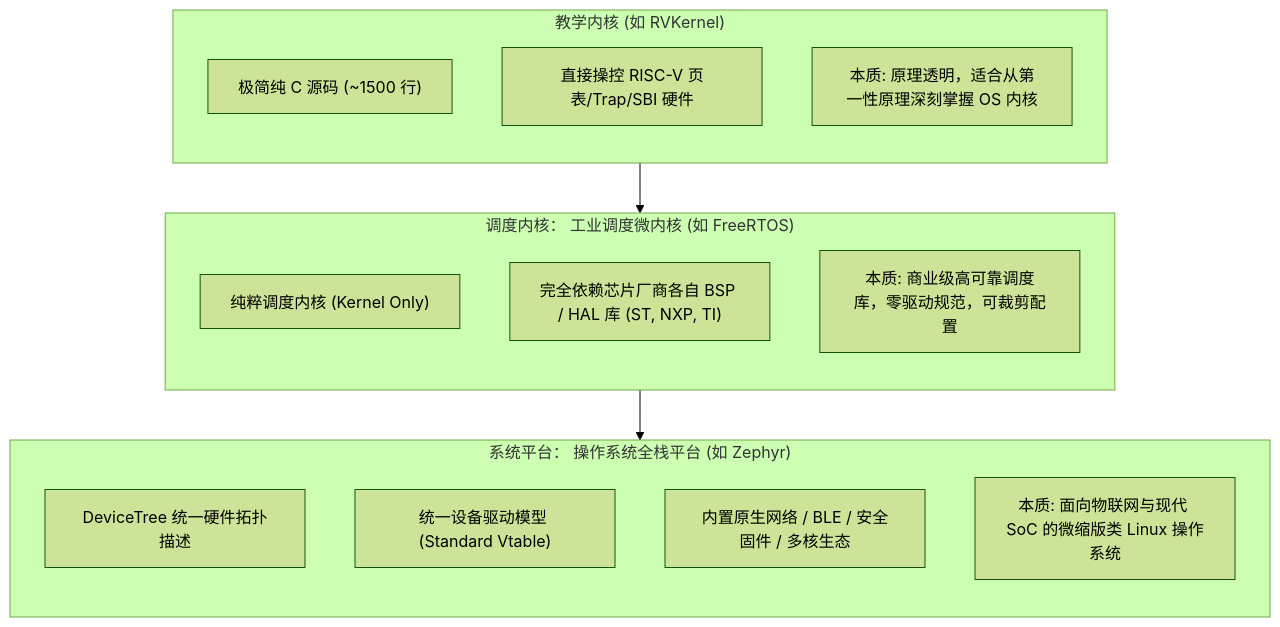
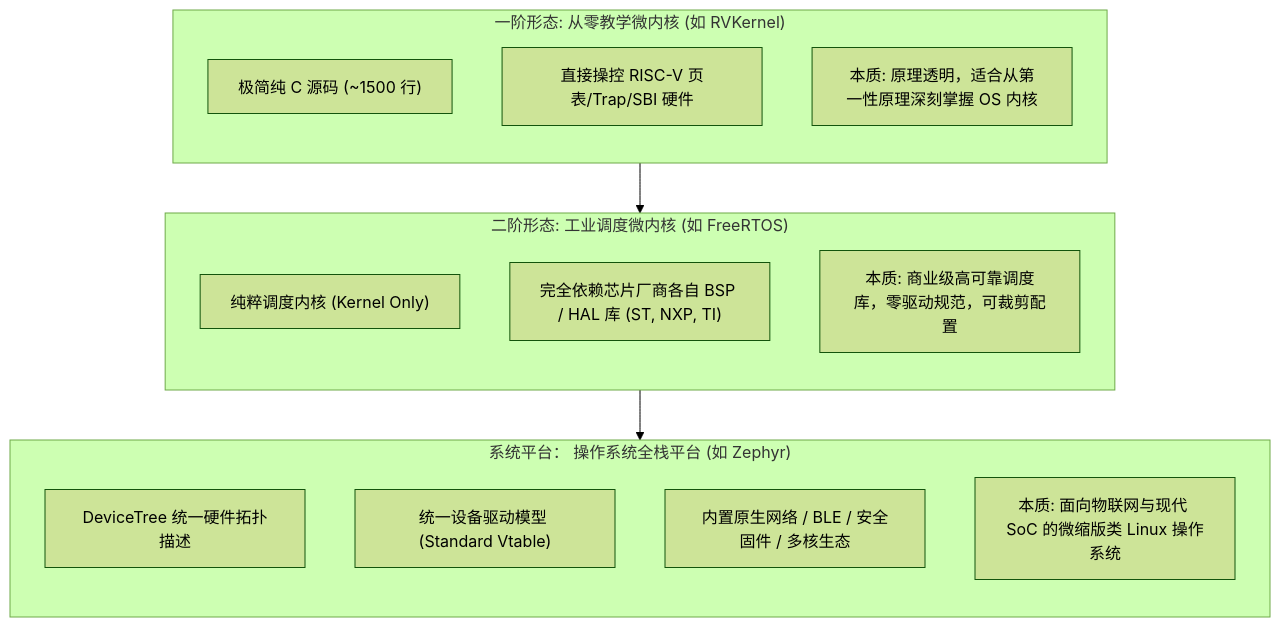
The diagram in RTOS/04-Comparative-Study/01-philosophy-architectural-paradigm.md (YvainZhang/YvainZhang.github.io), drawn with Mermaid (forest theme) before and after one commit. The commit also changed other lines of this file and 44 other files, not shown here.

````diff
--- a/RTOS/04-Comparative-Study/01-philosophy-architectural-paradigm.md
+++ b/RTOS/04-Comparative-Study/01-philosophy-architectural-paradigm.md
@@ -7,26 +7,26 @@
 ```mermaid
 flowchart TD
-    subgraph Tier1["教学内核 (如 RVKernel)"]
+    subgraph Tier1["一阶形态: 从零教学微内核 (如 RVKernel)"]
         direction TB
         K_Core["极简纯 C 源码 (~1500 行)"]
         K_Feat["直接操控 RISC-V 页表/Trap/SBI 硬件"]
         K_Note["本质: 原理透明，适合从第一性原理深刻掌握 OS 内核"]
     end
 
-    subgraph Tier2["调度内核： 工业调度微内核 (如 FreeRTOS)"]
+    subgraph Tier2["二阶形态: 工业调度微内核 (如 FreeRTOS)"]
         direction TB
         F_Core["纯粹调度内核 (Kernel Only)"]
         F_BSP["完全依赖芯片厂商各自 BSP / HAL 库 (ST, NXP, TI)"]
         F_Note["本质: 商业级高可靠调度库，零驱动规范，可裁剪配置"]
     end
 
     subgraph Tier3["系统平台： 操作系统全栈平台 (如 Zephyr)"]
         direction TB
         Z_DT["DeviceTree 统一硬件拓扑描述"]
         Z_Driver["统一设备驱动模型 (Standard Vtable)"]
         Z_Subsys["内置原生网络 / BLE / 安全固件 / 多核生态"]
         Z_Note["本质: 面向物联网与现代 SoC 的微缩版类 Linux 操作系统"]
     end
 
     Tier1 --> Tier2 --> Tier3
 ```
````
